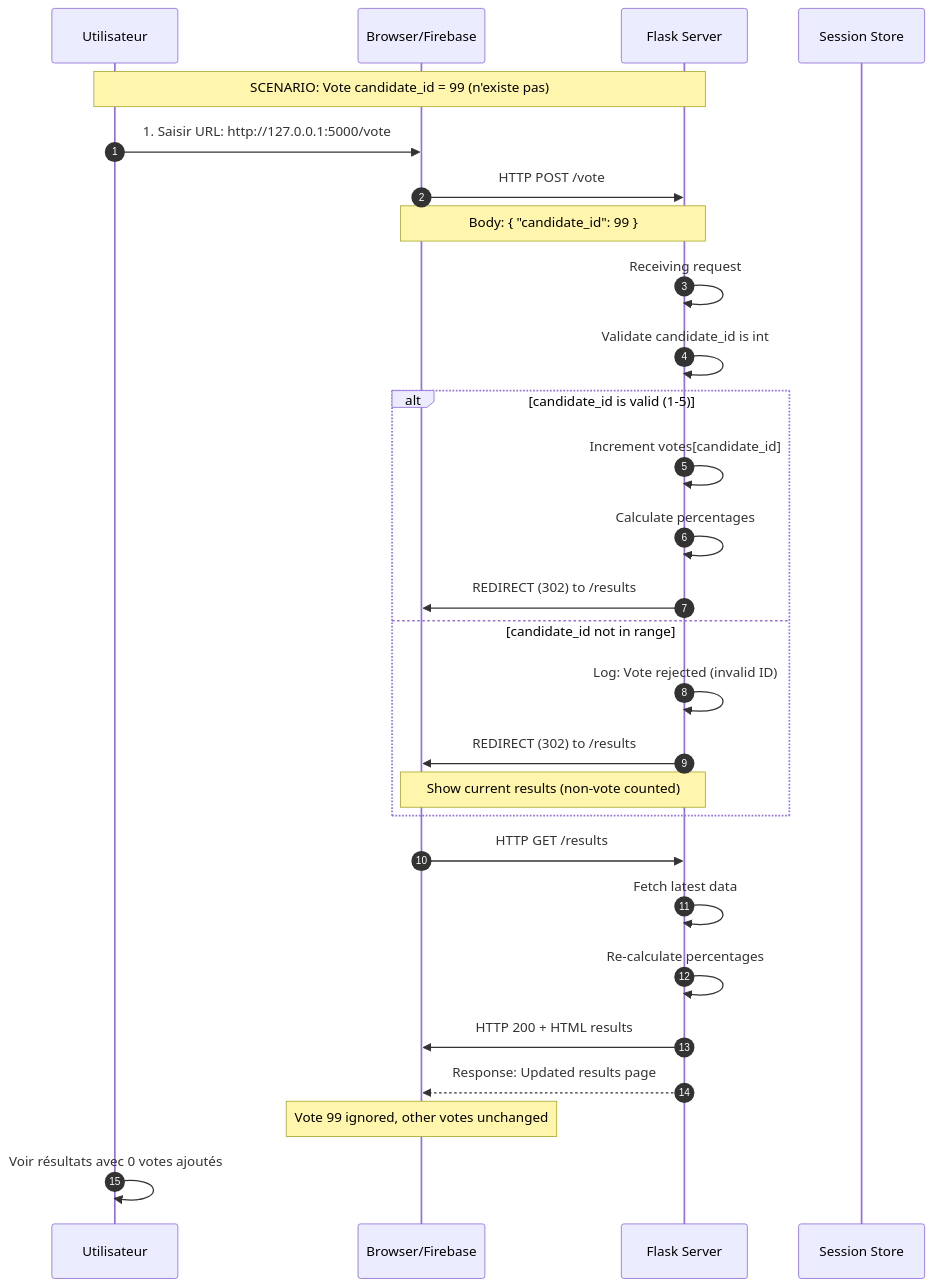
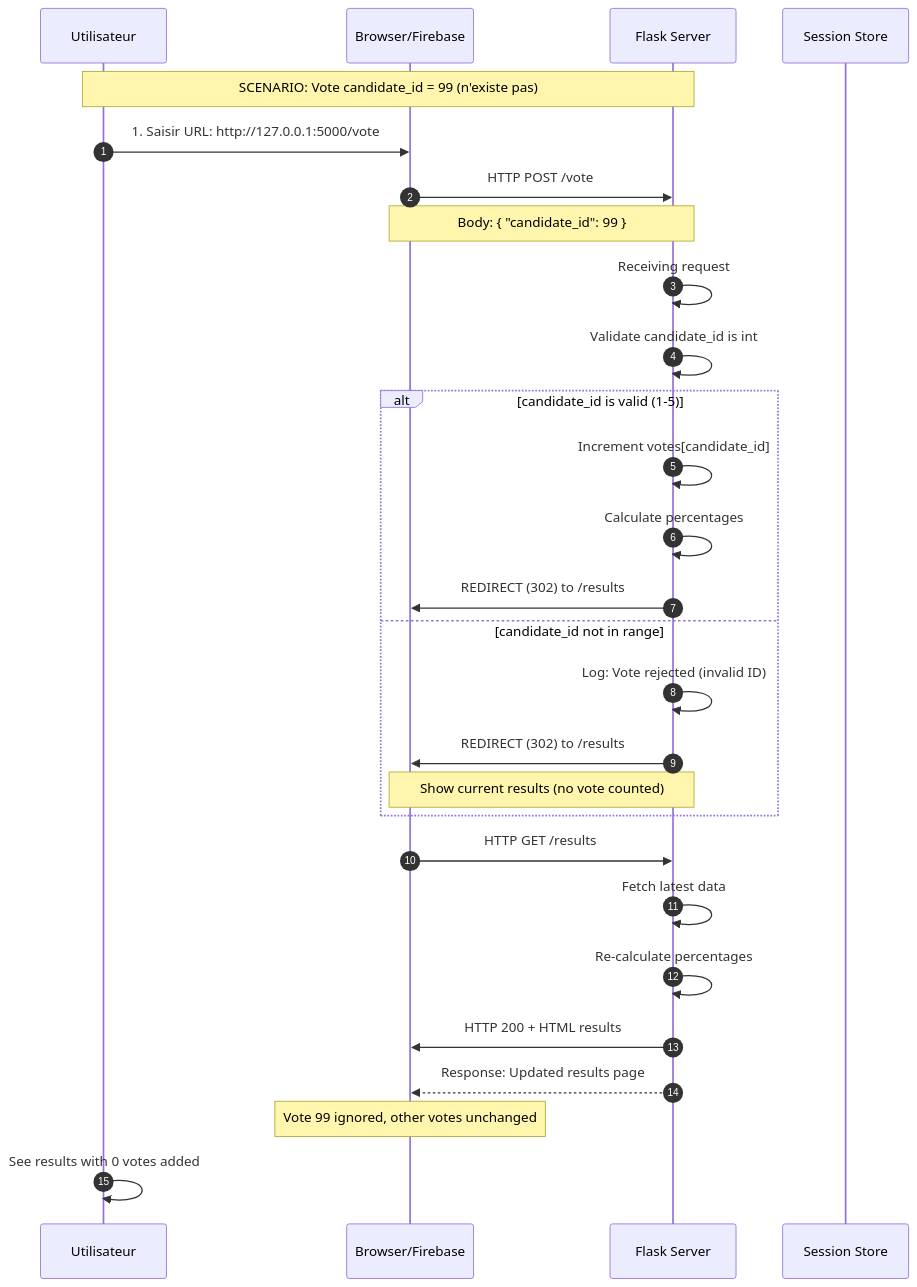
One commit to ynotopec/opencode-glm-example changed the second of 3 diagrams in docs/state_flow.md. Above: the diagram before and after it, drawn with Mermaid. The commit also changed other lines of this file, not shown here.

Commit message:
Fix Mermaid diagram syntax errors

````diff
--- a/docs/state_flow.md
+++ b/docs/state_flow.md
@@ -121,38 +129,38 @@
 ```mermaid
 sequenceDiagram
     autonumber
 
     participant User as Utilisateur
     participant Browser as Browser/Firebase
     participant Server as Flask Server
     participant Data as Session Store
 
     Note over User,Server: SCENARIO: Vote candidate_id = 99 (n'existe pas)
 
     User->>Browser: 1. Saisir URL: http://127.0.0.1:5000/vote
     Browser->>Server: HTTP POST /vote
     Note over Browser,Server: Body: { "candidate_id": 99 }
 
     Server->>Server: Receiving request
     Server->>Server: Validate candidate_id is int
 
     alt candidate_id is valid (1-5)
         Server->>Server: Increment votes[candidate_id]
         Server->>Server: Calculate percentages
         Server->>Browser: REDIRECT (302) to /results
     else candidate_id not in range
         Server->>Server: Log: Vote rejected (invalid ID)
         Server->>Browser: REDIRECT (302) to /results
-        Note over Server,Browser: Show current results (non-vote counted)
+        Note over Server,Browser: Show current results (no vote counted)
     end
 
     Browser->>Server: HTTP GET /results
     Server->>Server: Fetch latest data
     Server->>Server: Re-calculate percentages
     Server->>Browser: HTTP 200 + HTML results
 
     Server-->>Browser: Response: Updated results page
     Note over Browser: Vote 99 ignored, other votes unchanged
 
-    User->>User: Voir résultats avec 0 votes ajoutés
+    User->>User: See results with 0 votes added
 ```
````
